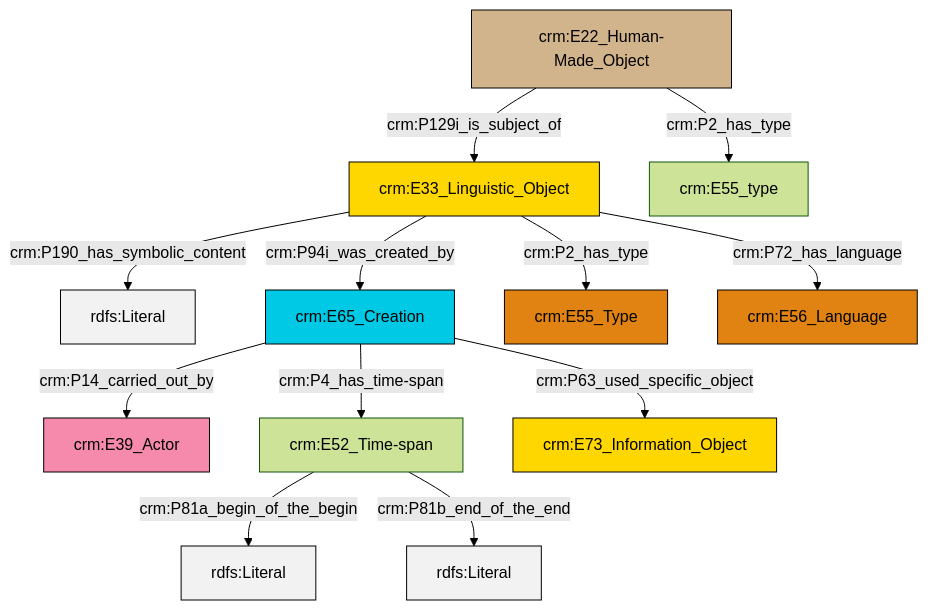
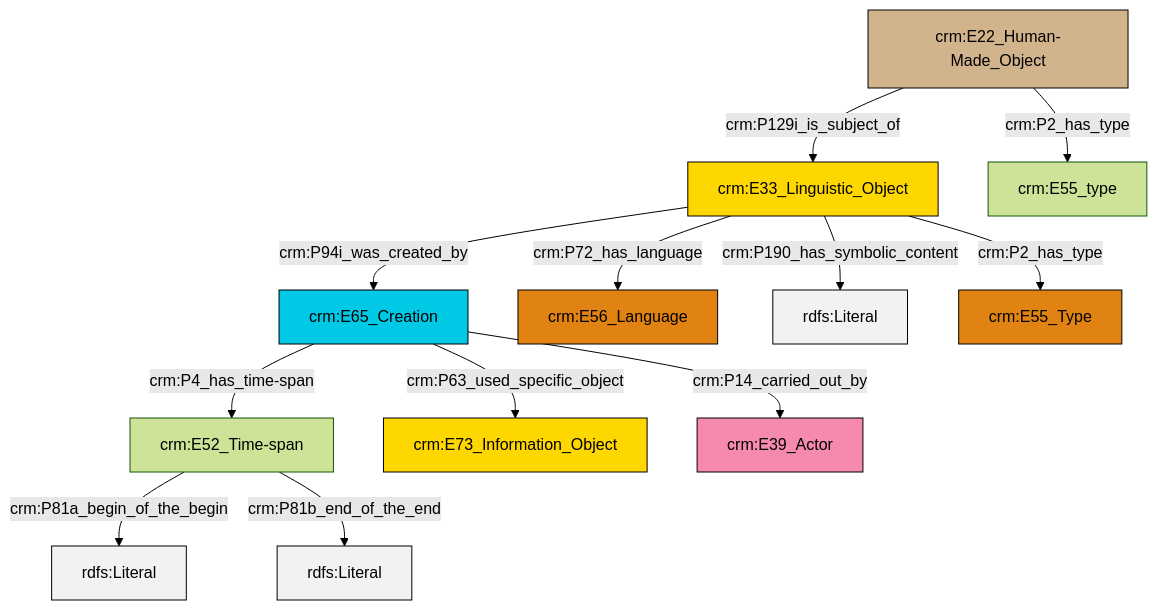
Before and after one commit to swiss-art-research-net/reference-data-models: the diagram in et/builtWorkCSV/ttl/mmd/Built_Work_description.ttl.mmd, drawn with Mermaid (forest theme). The commit also changed 126 other files, not shown here.

```diff
--- a/et/builtWorkCSV/ttl/mmd/Built_Work_description.ttl.mmd
+++ b/et/builtWorkCSV/ttl/mmd/Built_Work_description.ttl.mmd
@@ -1,26 +1,26 @@
 graph TD
 classDef Literal fill:#f2f2f2,stroke:#000000;
 classDef CRM_Entity fill:#FFFFFF,stroke:#000000;
 classDef Temporal_Entity fill:#00C9E6, stroke:#000000;
 classDef Type fill:#E18312, stroke:#000000;
 classDef Time-Span fill:#2C9C91, stroke:#000000;
 classDef Appellation fill:#FFEB7F, stroke:#000000;
 classDef Place fill:#008836, stroke:#000000;
 classDef Persistent_Item fill:#B266B2, stroke:#000000;
 classDef Conceptual_Object fill:#FFD700, stroke:#000000;
 classDef Physical_Thing fill:#D2B48C, stroke:#000000;
 classDef Actor fill:#f58aad, stroke:#000000;
 classDef PC_Classes fill:#4ce600, stroke:#000000;
 classDef Multi fill:#cccccc,stroke:#000000;
 
-0["crm:E33_Linguistic_Object"]:::Conceptual_Object -->|crm:P190_has_symbolic_content| 1[rdfs:Literal]:::Literal
-0["crm:E33_Linguistic_Object"]:::Conceptual_Object -->|crm:P94i_was_created_by| 4["crm:E65_Creation"]:::Temporal_Entity
-5["crm:E22_Human-Made_Object"]:::Physical_Thing -->|crm:P2_has_type| 6["crm:E55_type"]:::Default
-0["crm:E33_Linguistic_Object"]:::Conceptual_Object -->|crm:P2_has_type| 9["crm:E55_Type"]:::Type
-11["crm:E52_Time-span"]:::Default -->|crm:P81a_begin_of_the_begin| 12[rdfs:Literal]:::Literal
-4["crm:E65_Creation"]:::Temporal_Entity -->|crm:P4_has_time-span| 11["crm:E52_Time-span"]:::Default
-4["crm:E65_Creation"]:::Temporal_Entity -->|crm:P63_used_specific_object| 16["crm:E73_Information_Object"]:::Conceptual_Object
-5["crm:E22_Human-Made_Object"]:::Physical_Thing -->|crm:P129i_is_subject_of| 0["crm:E33_Linguistic_Object"]:::Conceptual_Object
-11["crm:E52_Time-span"]:::Default -->|crm:P81b_end_of_the_end| 18[rdfs:Literal]:::Literal
-0["crm:E33_Linguistic_Object"]:::Conceptual_Object -->|crm:P72_has_language| 14["crm:E56_Language"]:::Type
-4["crm:E65_Creation"]:::Temporal_Entity -->|crm:P14_carried_out_by| 2["crm:E39_Actor"]:::Actor
+0["crm:E33_Linguistic_Object"]:::Conceptual_Object -->|crm:P94i_was_created_by| 1["crm:E65_Creation"]:::Temporal_Entity
+0["crm:E33_Linguistic_Object"]:::Conceptual_Object -->|crm:P72_has_language| 4["crm:E56_Language"]:::Type
+0["crm:E33_Linguistic_Object"]:::Conceptual_Object -->|crm:P190_has_symbolic_content| 5[rdfs:Literal]:::Literal
+1["crm:E65_Creation"]:::Temporal_Entity -->|crm:P63_used_specific_object| 8["crm:E73_Information_Object"]:::Conceptual_Object
+1["crm:E65_Creation"]:::Temporal_Entity -->|crm:P4_has_time-span| 6["crm:E52_Time-span"]:::Default
+0["crm:E33_Linguistic_Object"]:::Conceptual_Object -->|crm:P2_has_type| 13["crm:E55_Type"]:::Type
+2["crm:E22_Human-Made_Object"]:::Physical_Thing -->|crm:P2_has_type| 9["crm:E55_type"]:::Default
+6["crm:E52_Time-span"]:::Default -->|crm:P81a_begin_of_the_begin| 15[rdfs:Literal]:::Literal
+2["crm:E22_Human-Made_Object"]:::Physical_Thing -->|crm:P129i_is_subject_of| 0["crm:E33_Linguistic_Object"]:::Conceptual_Object
+1["crm:E65_Creation"]:::Temporal_Entity -->|crm:P14_carried_out_by| 16["crm:E39_Actor"]:::Actor
+6["crm:E52_Time-span"]:::Default -->|crm:P81b_end_of_the_end| 19[rdfs:Literal]:::Literal
```
